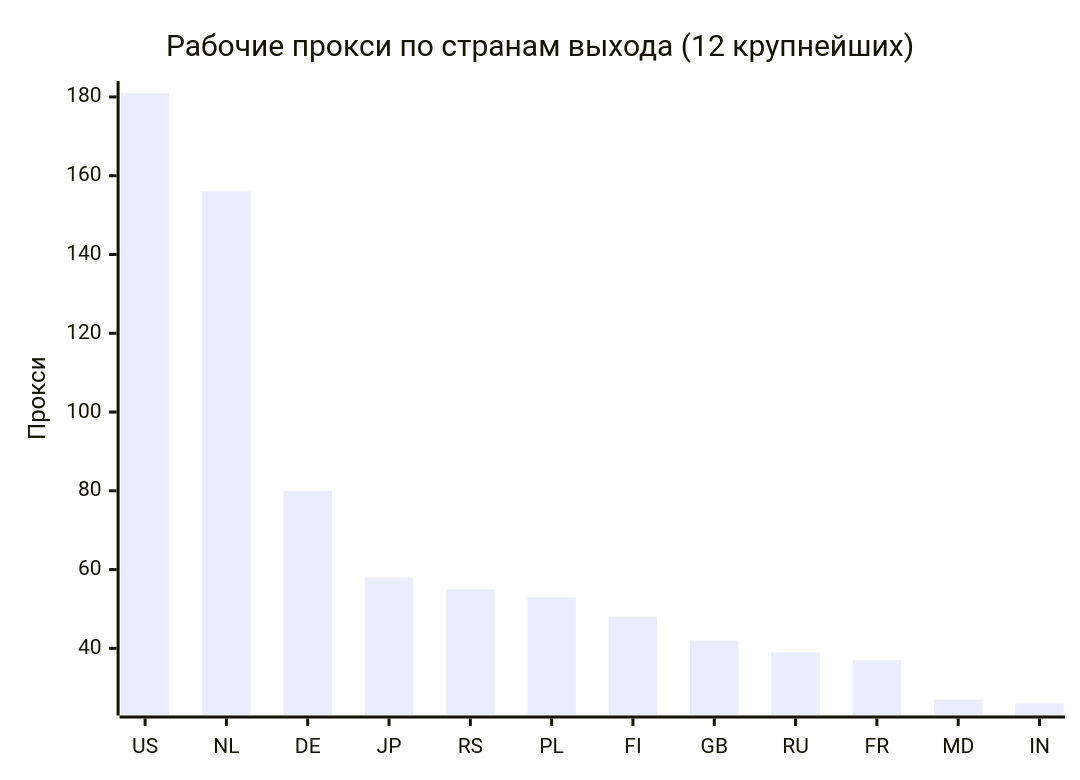
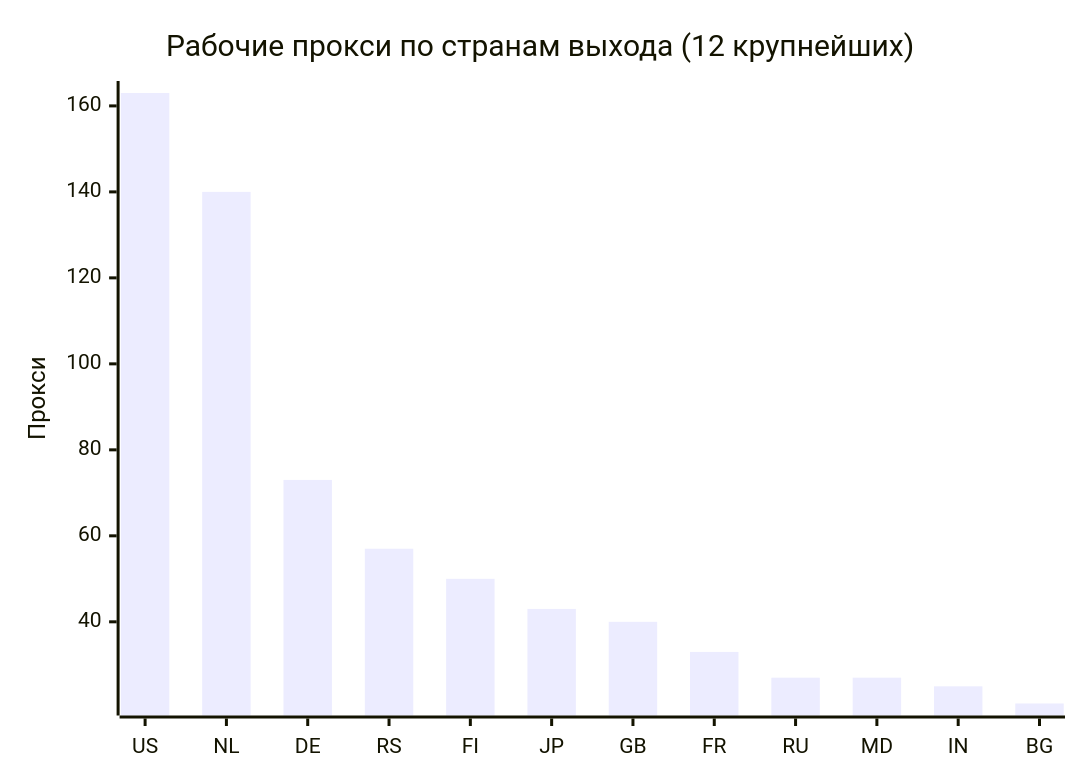
The second of 4 diagrams in README.md (rvvg/proxy-subs), drawn with Mermaid before and after one commit. The commit also changed other lines of this file and 50 other files, not shown here.

````diff
--- a/README.md
+++ b/README.md
@@ -132,7 +127,7 @@
 ```mermaid
 xychart-beta
     title "Рабочие прокси по странам выхода (12 крупнейших)"
-    x-axis ["US", "NL", "DE", "JP", "RS", "PL", "FI", "GB", "RU", "FR", "MD", "IN"]
+    x-axis ["US", "NL", "DE", "RS", "FI", "JP", "GB", "FR", "RU", "MD", "IN", "BG"]
     y-axis "Прокси"
-    bar [181, 156, 80, 58, 55, 53, 48, 42, 39, 37, 27, 26]
+    bar [163, 140, 73, 57, 50, 43, 40, 33, 27, 27, 25, 21]
 ```
````
